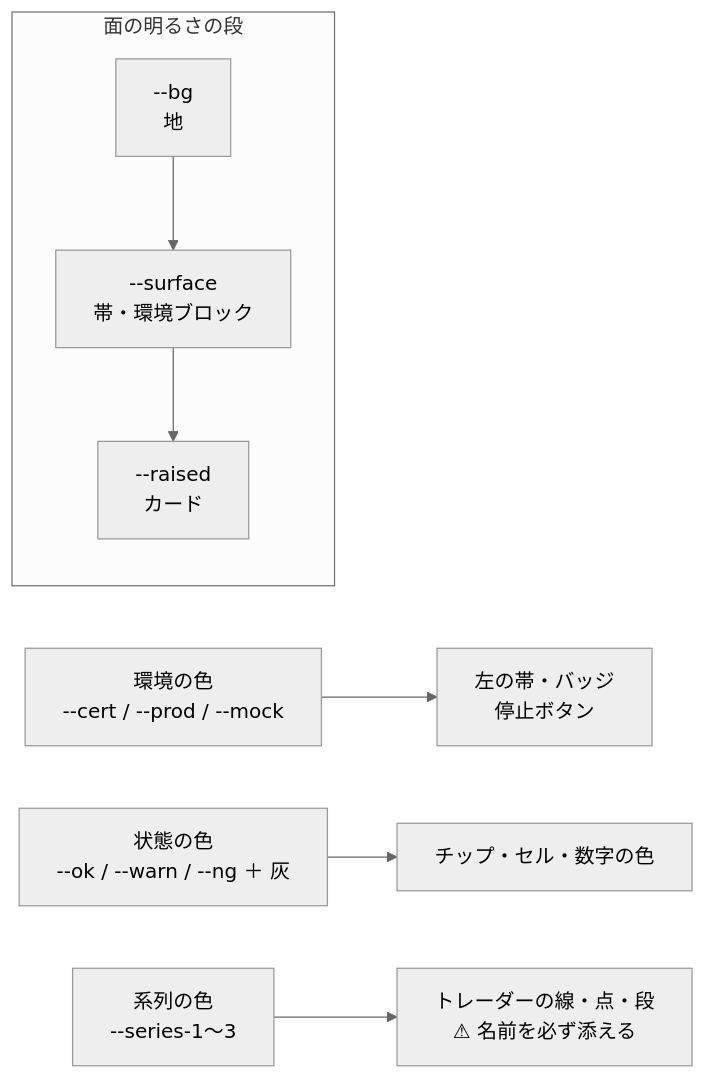
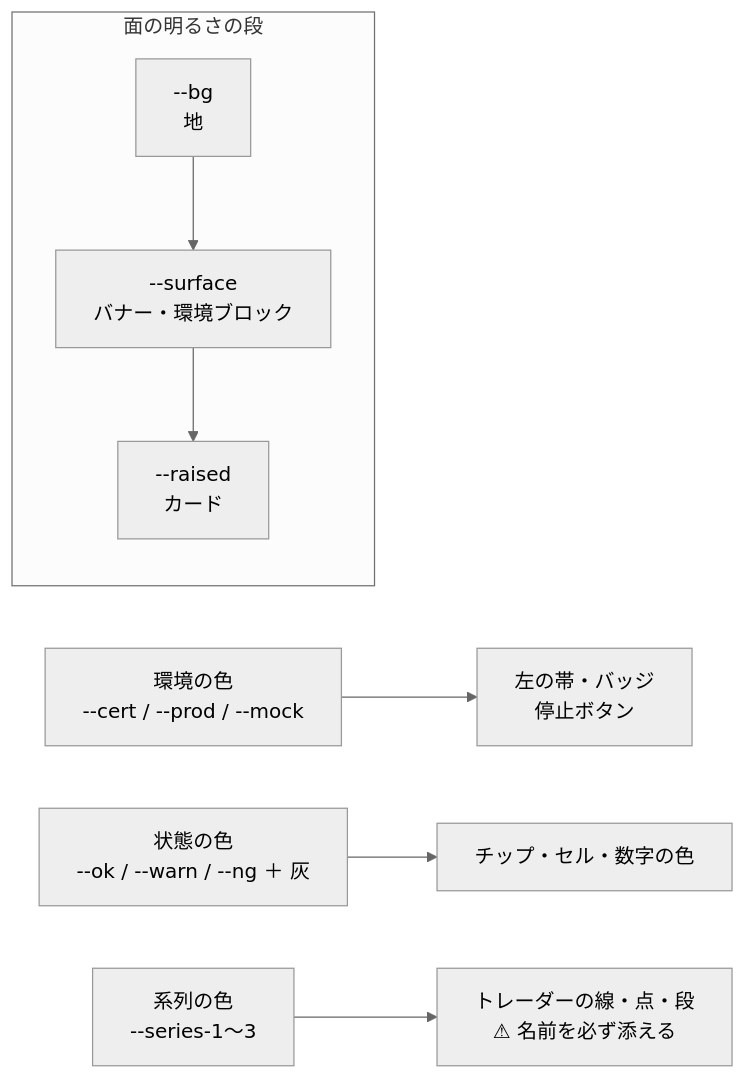
Diagram 16 of 28 in docs/specs/dashboard.md (akiraak/ai-income-lab), drawn with Mermaid (neutral theme) before and after one commit. The commit also changed other lines of this file and 45 other files, not shown here.

````diff
--- a/docs/specs/dashboard.md
+++ b/docs/specs/dashboard.md
@@ -834,9 +834,9 @@
 ```mermaid
 flowchart LR
   subgraph layers["面の明るさの段"]
-    BG["--bg<br/>地"] --> SF["--surface<br/>帯・環境ブロック"] --> RS["--raised<br/>カード"]
+    BG["--bg<br/>地"] --> SF["--surface<br/>バナー・環境ブロック"] --> RS["--raised<br/>カード"]
   end
   ENV["環境の色<br/>--cert / --prod / --mock"] --> E1["左の帯・バッジ<br/>停止ボタン"]
   ST["状態の色<br/>--ok / --warn / --ng ＋ 灰"] --> S1["チップ・セル・数字の色"]
   SR["系列の色<br/>--series-1〜3"] --> R1["トレーダーの線・点・段<br/>⚠ 名前を必ず添える"]
 ```
````
